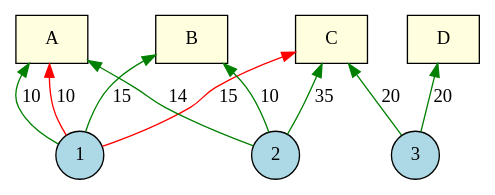
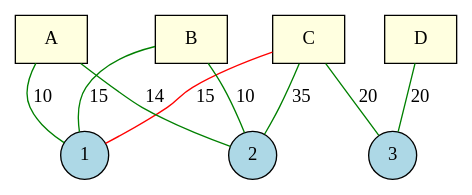
Before and after one commit to jpmedras/attemps_net: the diagram in data/examples/graph_a.dot, drawn with Graphviz. The commit also changed 17 other files, not shown here.

```diff
--- a/data/examples/graph_a.dot
+++ b/data/examples/graph_a.dot
@@ -1,19 +1,19 @@
-digraph "A" {
+strict graph "A" {
 rankdir=BT;
 1 [shape=circle, style=filled, fillcolor=lightblue];
 2 [shape=circle, style=filled, fillcolor=lightblue];
 3 [shape=circle, style=filled, fillcolor=lightblue];
 A [shape=rect, style=filled, fillcolor=lightyellow];
 C [shape=rect, style=filled, fillcolor=lightyellow];
 D [shape=rect, style=filled, fillcolor=lightyellow];
 B [shape=rect, style=filled, fillcolor=lightyellow];
-1 -> A [key=0, color=red, label=10];
-1 -> A [key=1, color=green, label=10];
-1 -> C [key=0, color=red, label=15];
-1 -> B [key=0, color=green, label=15];
-2 -> A [key=0, color=green, label=14];
-2 -> C [key=0, color=green, label=35];
-2 -> B [key=0, color=green, label=10];
-3 -> C [key=0, color=green, label=20];
-3 -> D [key=0, color=green, label=20];
+1 -- A [color=red, label=10];
+1 -- A [color=green, label=10];
+1 -- C [color=red, label=15];
+1 -- B [color=green, label=15];
+2 -- A [color=green, label=14];
+2 -- C [color=green, label=35];
+2 -- B [color=green, label=10];
+3 -- C [color=green, label=20];
+3 -- D [color=green, label=20];
 }
```
